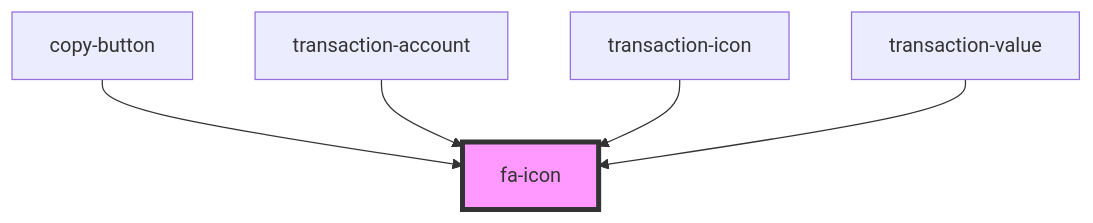
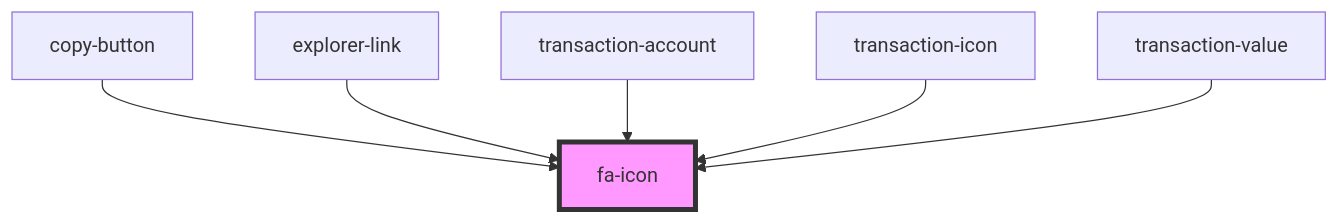
Before and after one commit to multiversx/mx-sdk-dapp-ui: the diagram in src/components/fa-icon/readme.md, drawn with Mermaid. The commit also changed other lines of this file and 54 other files, not shown here.

````diff
--- a/src/components/fa-icon/readme.md
+++ b/src/components/fa-icon/readme.md
@@ -27,8 +28,9 @@
 ```mermaid
 graph TD;
   copy-button --> fa-icon
+  explorer-link --> fa-icon
   transaction-account --> fa-icon
   transaction-icon --> fa-icon
   transaction-value --> fa-icon
   style fa-icon fill:#f9f,stroke:#333,stroke-width:4px
 ```
````
